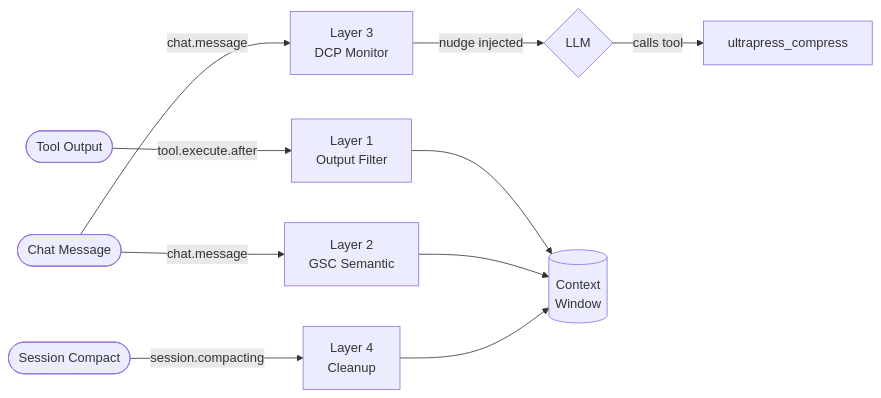
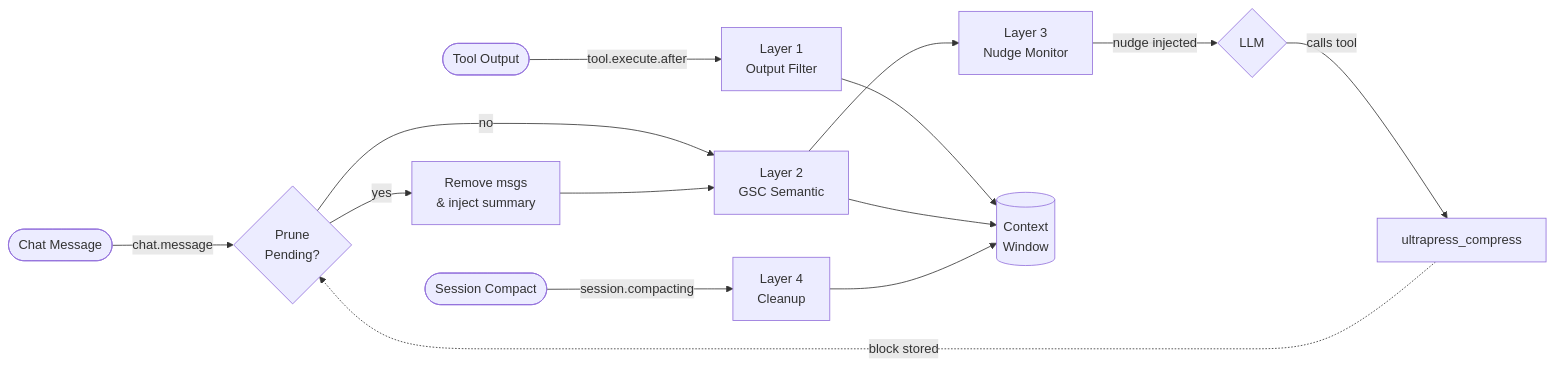
The diagram in README.md (rahadiana/opencode-ultrapress), drawn with Mermaid before and after one commit. The commit also changed other lines of this file and 14 other files, not shown here.

First line of the commit message:
fix: actual L3 pruning via chat.message hook + preserveLastN config

````diff
--- a/README.md
+++ b/README.md
@@ -55,11 +55,15 @@
 ```mermaid
 flowchart LR
     A([Tool Output]) -->|"tool.execute.after"| L1[Layer 1\nOutput Filter]
-    B([Chat Message]) -->|"chat.message"| L2[Layer 2\nGSC Semantic]
-    B -->|"chat.message"| L3[Layer 3\nDCP Monitor]
+    B([Chat Message]) -->|"chat.message"| PRUNE{Prune\nPending?}
+    PRUNE -->|yes| REMOVE[Remove msgs\n& inject summary]
+    PRUNE -->|no| L2[Layer 2\nGSC Semantic]
+    REMOVE --> L2
+    L2 --> L3[Layer 3\nNudge Monitor]
     L3 -->|"nudge injected"| LLM{LLM}
     LLM -->|"calls tool"| DCP_TOOL[ultrapress_compress]
+    DCP_TOOL -.->|"block stored"| PRUNE
     D([Session Compact]) -->|"session.compacting"| L4[Layer 4\nCleanup]
 
     L1 & L2 & L4 --> CTX[(Context\nWindow)]
 ```
````
